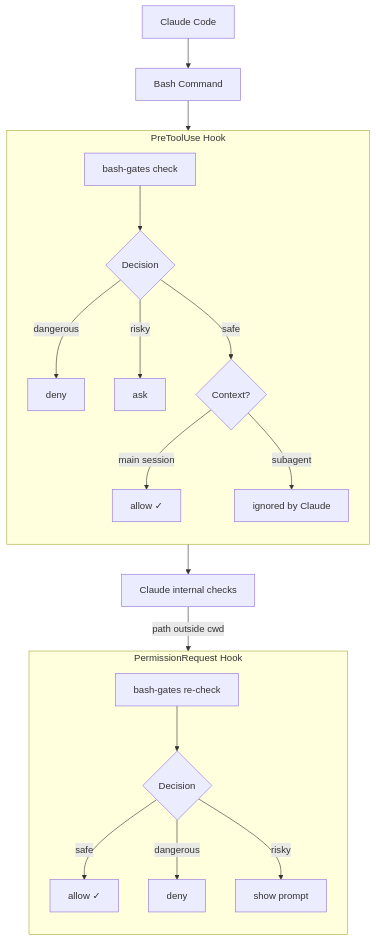
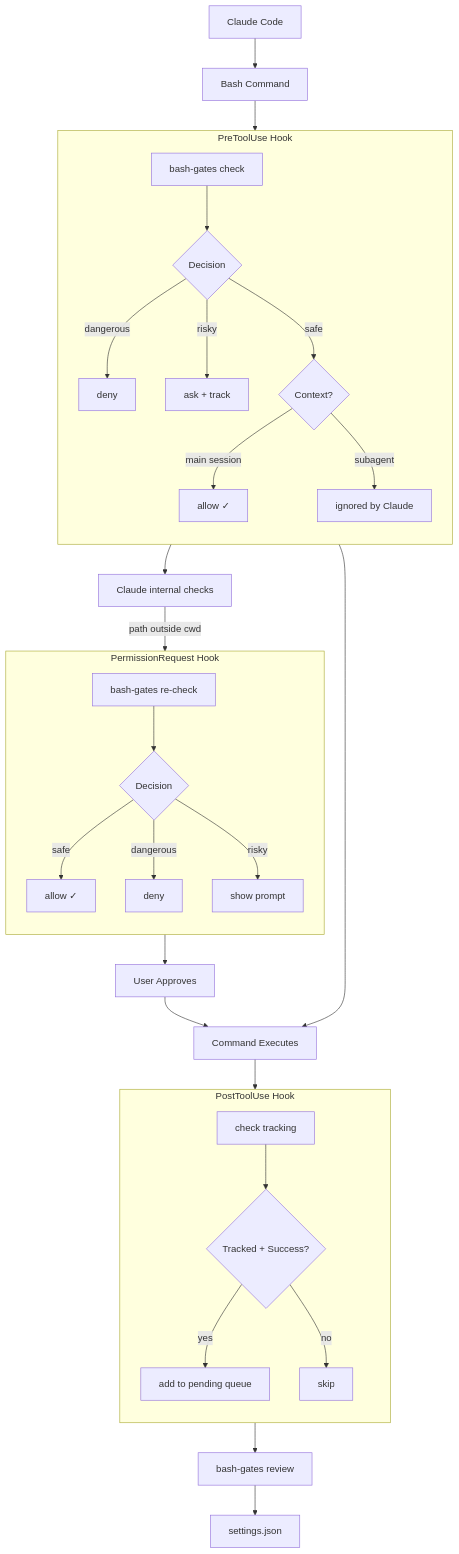
The diagram in README.md (camjac251/bash-gates), drawn with Mermaid before and after one commit. The commit also changed other lines of this file and 15 other files, not shown here.

````diff
--- a/README.md
+++ b/README.md
@@ -38,26 +39,40 @@
 ```mermaid
 flowchart TD
     CC[Claude Code] --> CMD[Bash Command]
 
     subgraph PTU [PreToolUse Hook]
         direction TB
         PTU_CHECK[bash-gates check] --> PTU_DEC{Decision}
         PTU_DEC -->|dangerous| PTU_DENY[deny]
-        PTU_DEC -->|risky| PTU_ASK[ask]
+        PTU_DEC -->|risky| PTU_ASK[ask + track]
         PTU_DEC -->|safe| PTU_CTX{Context?}
         PTU_CTX -->|main session| PTU_ALLOW[allow ✓]
         PTU_CTX -->|subagent| PTU_IGNORED[ignored by Claude]
     end
 
     CMD --> PTU
     PTU_IGNORED --> INTERNAL[Claude internal checks]
     INTERNAL -->|path outside cwd| PR_HOOK
 
     subgraph PR_HOOK [PermissionRequest Hook]
         direction TB
         PR_CHECK[bash-gates re-check] --> PR_DEC{Decision}
         PR_DEC -->|safe| PR_ALLOW[allow ✓]
         PR_DEC -->|dangerous| PR_DENY[deny]
         PR_DEC -->|risky| PR_PROMPT[show prompt]
     end
+
+    PTU_ASK --> EXEC[Command Executes]
+    PR_PROMPT --> USER_APPROVE[User Approves] --> EXEC
+
+    subgraph POST [PostToolUse Hook]
+        direction TB
+        POST_CHECK[check tracking] --> POST_DEC{Tracked + Success?}
+        POST_DEC -->|yes| PENDING[add to pending queue]
+        POST_DEC -->|no| POST_SKIP[skip]
+    end
+
+    EXEC --> POST
+    PENDING --> REVIEW[bash-gates review]
+    REVIEW --> SETTINGS[settings.json]
 ```
````
